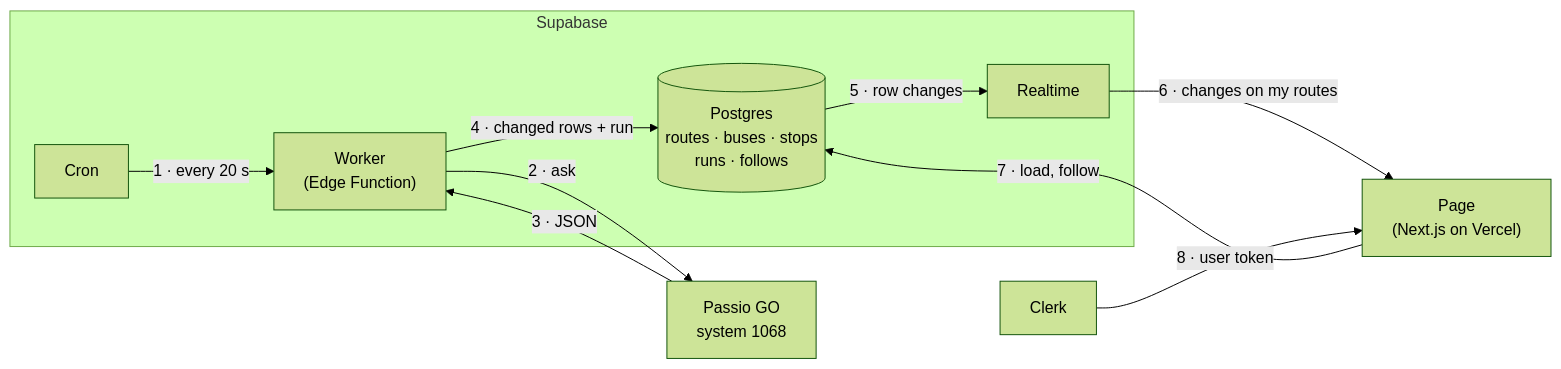
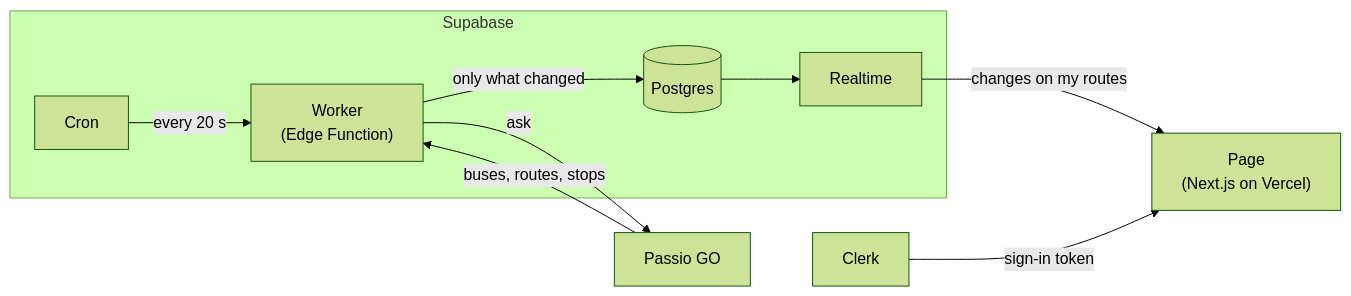
Before and after one commit to quincyleung/passio-live: the diagram in README.md, drawn with Mermaid (forest theme). The commit also changed other lines of this file and 2 other files, not shown here.

````diff
--- a/README.md
+++ b/README.md
@@ -15,21 +9,20 @@
 ```mermaid
 flowchart LR
   subgraph supabase["Supabase"]
     cron["Cron"]
     worker["Worker<br/>(Edge Function)"]
-    db[("Postgres<br/>routes · buses · stops<br/>runs · follows")]
+    db[("Postgres")]
     rt["Realtime"]
   end
-  passio["Passio GO<br/>system 1068"]
+  passio["Passio GO"]
   page["Page<br/>(Next.js on Vercel)"]
   clerk["Clerk"]
 
-  cron -->|"1 · every 20 s"| worker
-  worker -->|"2 · ask"| passio
-  passio -->|"3 · JSON"| worker
-  worker -->|"4 · changed rows + run"| db
-  db -->|"5 · row changes"| rt
-  rt -->|"6 · changes on my routes"| page
-  page -->|"7 · load, follow"| db
-  clerk -->|"8 · user token"| page
+  cron -->|"every 20 s"| worker
+  worker -->|"ask"| passio
+  passio -->|"buses, routes, stops"| worker
+  worker -->|"only what changed"| db
+  db --> rt
+  rt -->|"changes on my routes"| page
+  clerk -->|"sign-in token"| page
 ```
````
